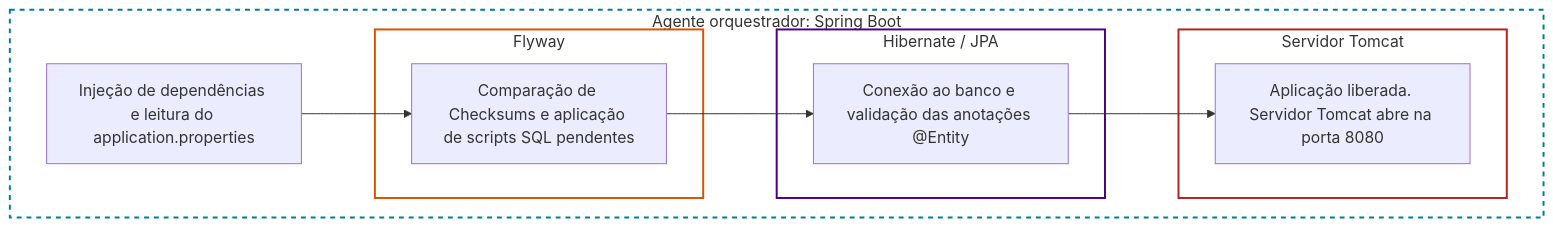
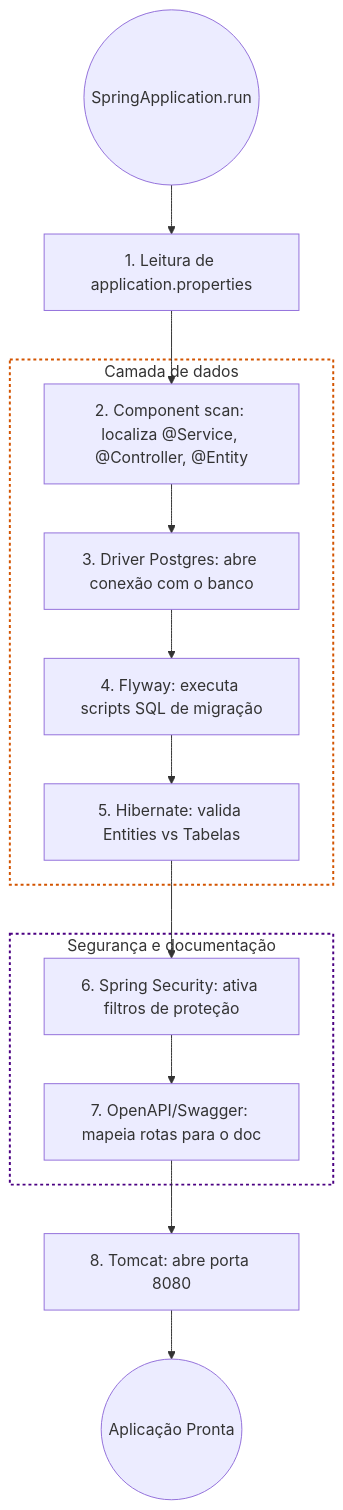
One commit to Julia-Amadio/ProjetoFlashcards changed the third of 3 diagrams in docs/ARCHITECTURE.md. Above: the diagram before and after it, drawn with Mermaid. The commit also changed other lines of this file, not shown here.

Commit message:
docs: fix diagrams

````diff
--- a/docs/ARCHITECTURE.md
+++ b/docs/ARCHITECTURE.md
@@ -104,27 +148,22 @@
 ```mermaid
 graph TD
-    subgraph SpringBoot [Agente orquestrador: Spring Boot]
-        A[Injeção de dependências e leitura do application.properties] --> B
-        
-        subgraph Flyway [Flyway]
-            B[Comparação de Checksums e aplicação de scripts SQL pendentes]
-        end
-        
-        B --> C
-        
-        subgraph Hibernate [Hibernate / JPA]
-            C[Conexão ao banco e validação das anotações @Entity]
-        end
-        
-        C --> D
-        
-        subgraph Tomcat [Servidor Tomcat]
-            D[Aplicação liberada. Servidor Tomcat abre na porta 8080]
-        end
+    START((SpringApplication.run)) --> PROPS[1. Leitura de application.properties]
+    PROPS --> SCAN[2. Component scan: localiza @Service, @Controller, @Entity]
+
+    subgraph Data_Layer [Camada de dados]
+        SCAN --> DB_CONN[3. Driver Postgres: abre conexão com o banco]
+        DB_CONN --> FLYWAY[4. Flyway: executa scripts SQL de migração]
+        FLYWAY --> HIBERNATE[5. Hibernate: valida Entities vs Tabelas]
+    end
+    
+    subgraph Security_Docs [Segurança e documentação]
+        HIBERNATE --> SEC[6. Spring Security: ativa filtros de proteção]
+        SEC --> SWAGGER[7. OpenAPI/Swagger: mapeia rotas para o doc]
     end
 
-    style SpringBoot fill:transparent,stroke:#008080,stroke-width:2px,stroke-dasharray: 5 5
-    style Flyway fill:transparent,stroke:#D35400,stroke-width:2px
-    style Hibernate fill:transparent,stroke:#4B0082,stroke-width:2px
-    style Tomcat fill:transparent,stroke:#B22222,stroke-width:2px
+    SWAGGER --> TOMCAT[8. Tomcat: abre porta 8080]
+    TOMCAT --> READY((Aplicação Pronta))
+
+    style Data_Layer fill:transparent,stroke:#D35400,stroke-width:2px,stroke-dasharray: 3 3
+    style Security_Docs fill:transparent,stroke:#4B0082,stroke-width:2px,stroke-dasharray: 3 3
 ```
````
